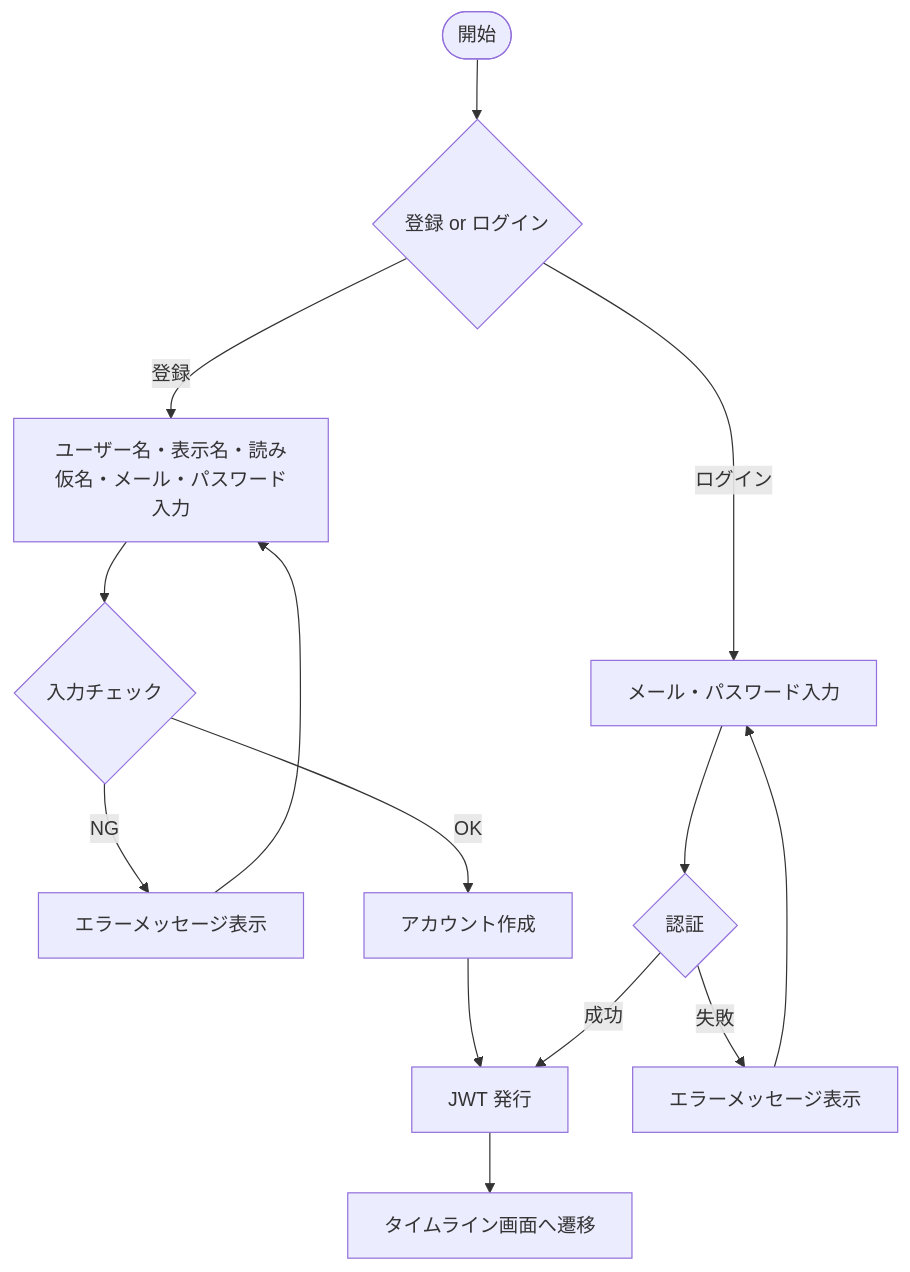
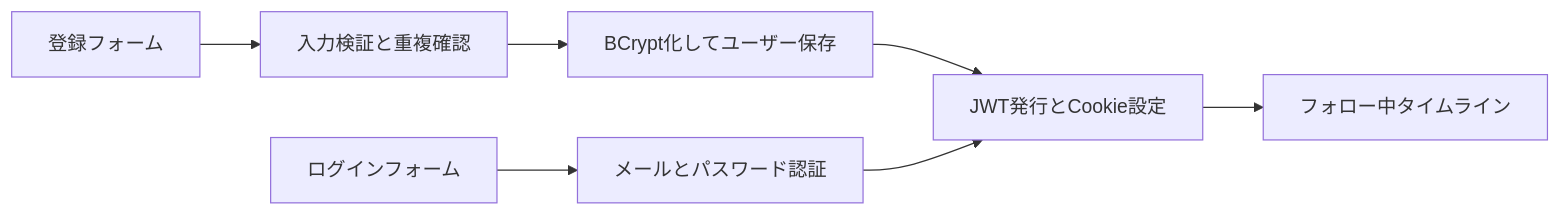
Before and after one commit to yamamotonaoki3/RaiseTimeLine: the diagram in docs/details/features/F01_auth.md, drawn with Mermaid. The commit also changed other lines of this file and 27 other files, not shown here.

````diff
--- a/docs/details/features/F01_auth.md
+++ b/docs/details/features/F01_auth.md
@@ -25,16 +11,9 @@
 ```mermaid
-flowchart TD
-    A([開始]) --> B{登録 or ログイン}
-    B -- 登録 --> C[ユーザー名・表示名・読み仮名・メール・パスワード入力]
-    C --> D{入力チェック}
-    D -- NG --> E[エラーメッセージ表示]
-    E --> C
-    D -- OK --> F[アカウント作成]
-    F --> G[JWT 発行]
-    B -- ログイン --> H[メール・パスワード入力]
-    H --> I{認証}
-    I -- 失敗 --> J[エラーメッセージ表示]
-    J --> H
-    I -- 成功 --> G
-    G --> K[タイムライン画面へ遷移]
+flowchart LR
+    Register[登録フォーム] --> Validate[入力検証と重複確認]
+    Validate --> Save[BCrypt化してユーザー保存]
+    Save --> Session[JWT発行とCookie設定]
+    Login[ログインフォーム] --> Auth[メールとパスワード認証]
+    Auth --> Session
+    Session --> Home[フォロー中タイムライン]
 ```
````
